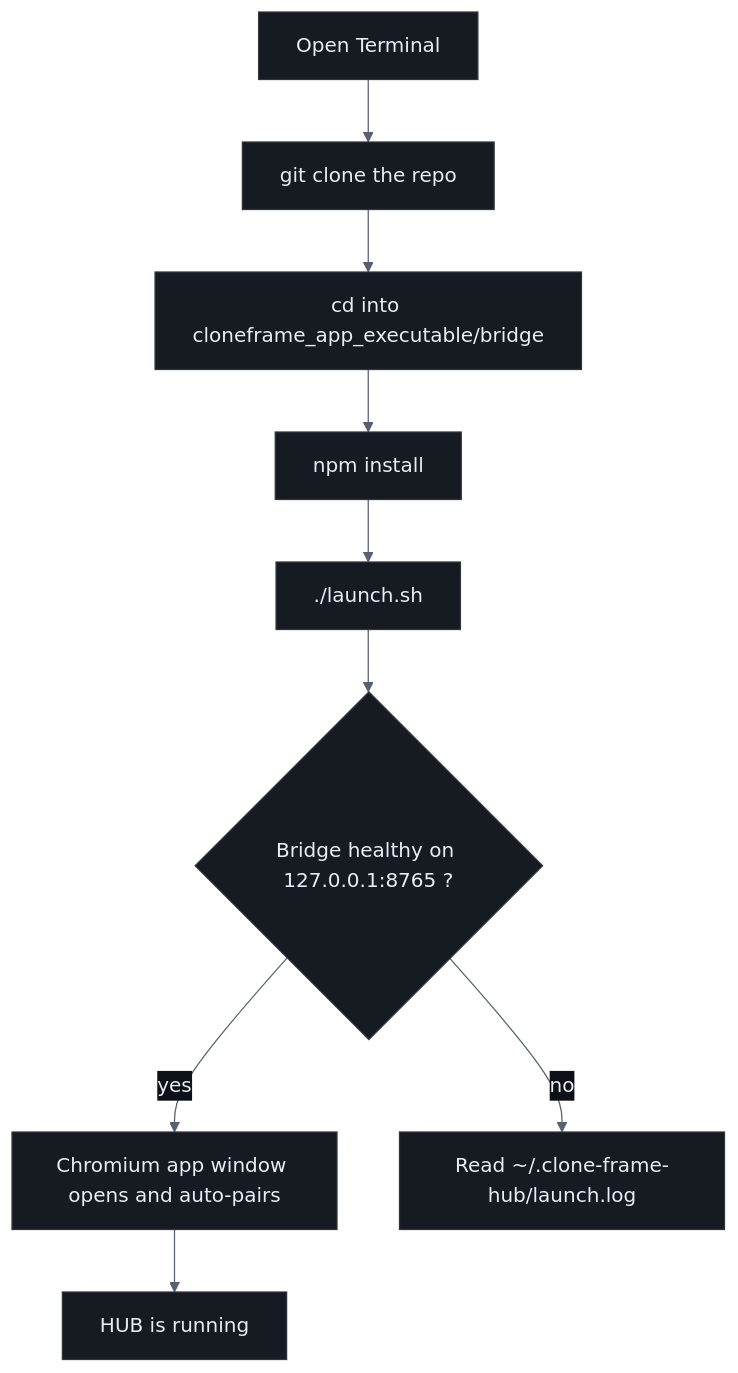
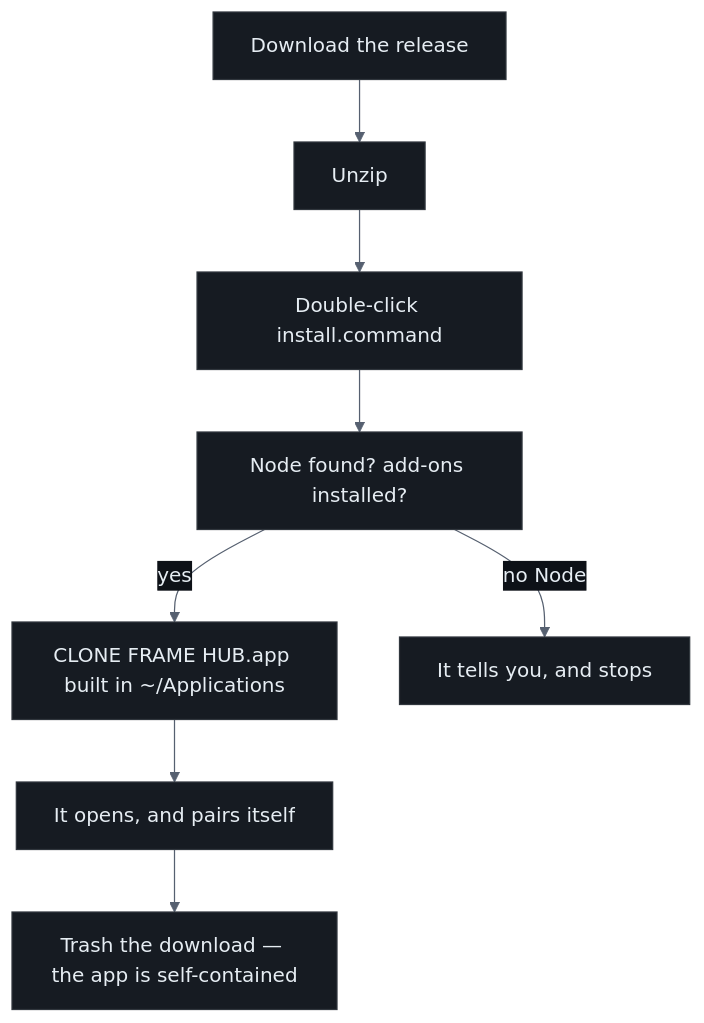
One commit to devclone20/cloneframe_app_executable changed the second of 6 diagrams in docs/INSTALL.md. Above: the diagram before and after it, drawn with Mermaid. The commit also changed other lines of this file and 172 other files, not shown here.

````diff
--- a/docs/INSTALL.md
+++ b/docs/INSTALL.md
@@ -101,12 +110,11 @@
 ```mermaid
 %%{init: {'theme':'base','themeVariables':{'background':'#0d1117','mainBkg':'#161b22','primaryColor':'#161b22','primaryBorderColor':'#ff3b30','primaryTextColor':'#e6edf3','nodeBorder':'#30363d','nodeTextColor':'#e6edf3','lineColor':'#566070','secondaryColor':'#161b22','tertiaryColor':'#0d1117','clusterBkg':'#10151c','clusterBorder':'#30363d','titleColor':'#e6edf3','edgeLabelBackground':'#0d1117','fontFamily':'ui-monospace, SFMono-Regular, Menlo, monospace','actorBkg':'#161b22','actorBorder':'#ff3b30','actorTextColor':'#e6edf3','signalColor':'#8b949e','signalTextColor':'#c9d1d9','labelBoxBkgColor':'#161b22','labelBoxBorderColor':'#30363d','labelTextColor':'#e6edf3','loopTextColor':'#e6edf3','noteBkgColor':'#1c2028','noteBorderColor':'#e8b86d','noteTextColor':'#c9d1d9','activationBkgColor':'#30363d','activationBorderColor':'#8b949e','sequenceNumberColor':'#0d1117'}}}%%
 flowchart TD
-  A["Open Terminal"] --> B["git clone the repo"]
-  B --> C["cd into cloneframe_app_executable/bridge"]
-  C --> D["npm install"]
-  D --> E["./launch.sh"]
-  E --> F{"Bridge healthy on 127.0.0.1:8765 ?"}
-  F -->|yes| G["Chromium app window opens and auto-pairs"]
-  F -->|"no"| H["Read ~/.clone-frame-hub/launch.log"]
-  G --> I["HUB is running"]
+  A["Download the release"] --> B["Unzip"]
+  B --> C["Double-click install.command"]
+  C --> D["Node found? add-ons installed?"]
+  D -->|yes| E["CLONE FRAME HUB.app built in ~/Applications"]
+  D -->|"no Node"| Z["It tells you, and stops"]
+  E --> G["It opens, and pairs itself"]
+  G --> H["Trash the download — the app is self-contained"]
 ```
````
